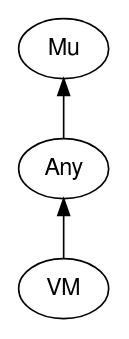
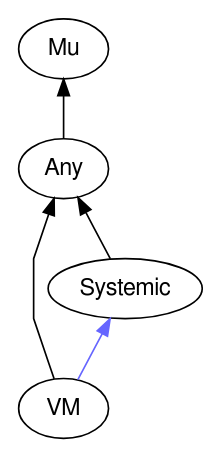
The diagram in images/type-graph-VM.svg.dot (perl6docs/perl6docs.github.io), drawn with Graphviz before and after one commit. The commit also changed 4398 other files, not shown here.

```diff
--- a/images/type-graph-VM.svg.dot
+++ b/images/type-graph-VM.svg.dot
@@ -1,15 +1,18 @@
 digraph "perl6-type-graph" {
     rankdir=BT;
     splines=polyline;
     overlap=false; 
     // Types
     "VM" [color="#000000", fontcolor="#000000", href="/type/VM", fontname="FreeSans"];
     "Mu" [color="#000000", fontcolor="#000000", href="/type/Mu", fontname="FreeSans"];
     "Any" [color="#000000", fontcolor="#000000", href="/type/Any", fontname="FreeSans"];
+    "Systemic" [color="#000000", fontcolor="#000000", href="/type/Systemic", fontname="FreeSans"];
 
     // Superclasses
     "VM" -> "Any" [color="#000000"];
     "Any" -> "Mu" [color="#000000"];
+    "Systemic" -> "Any" [color="#000000"];
 
     // Roles
+    "VM" -> "Systemic" [color="#6666FF"];
 }
```
